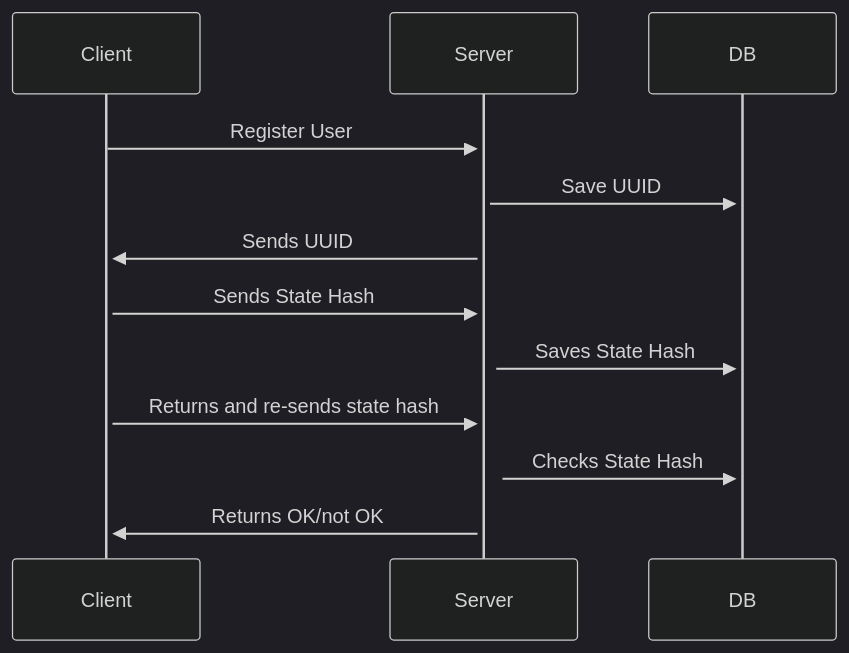
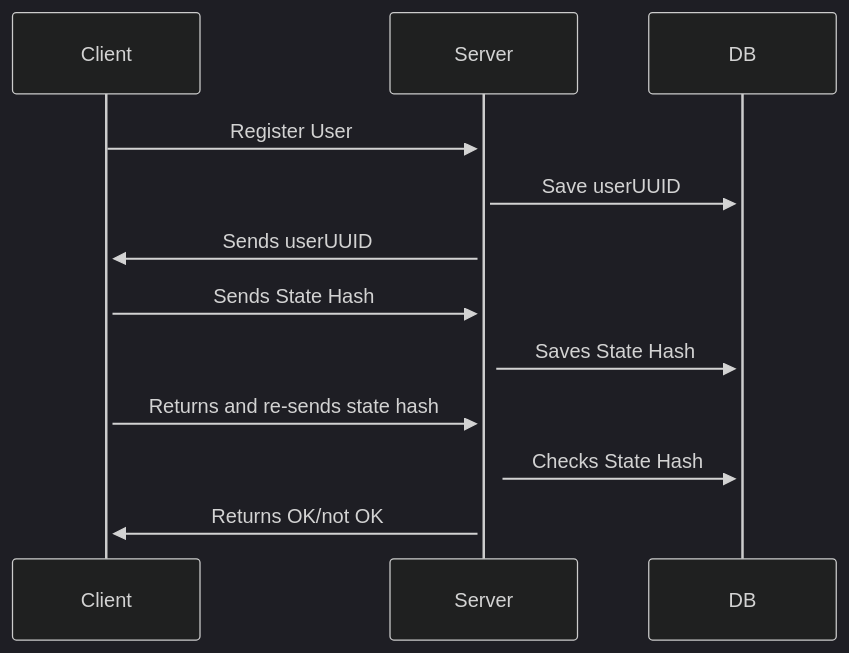
One commit to planet-nine-app/continuebee changed the first of 2 diagrams in README.md. Above: the diagram before and after it, drawn with Mermaid (dark theme). The commit also changed other lines of this file, not shown here.

````diff
--- a/README.md
+++ b/README.md
@@ -12,11 +12,11 @@
 ```mermaid
 sequenceDiagram
     Client->>+Server: Register User
-    Server->>+DB: Save UUID
-    Server->>+Client: Sends UUID
+    Server->>+DB: Save userUUID
+    Server->>+Client: Sends userUUID
     Client->>+Server: Sends State Hash
     Server->>+DB: Saves State Hash
     Client->>+Server: Returns and re-sends state hash
     Server->>+DB: Checks State Hash
     Server->>+Client: Returns OK/not OK
 ```
````
